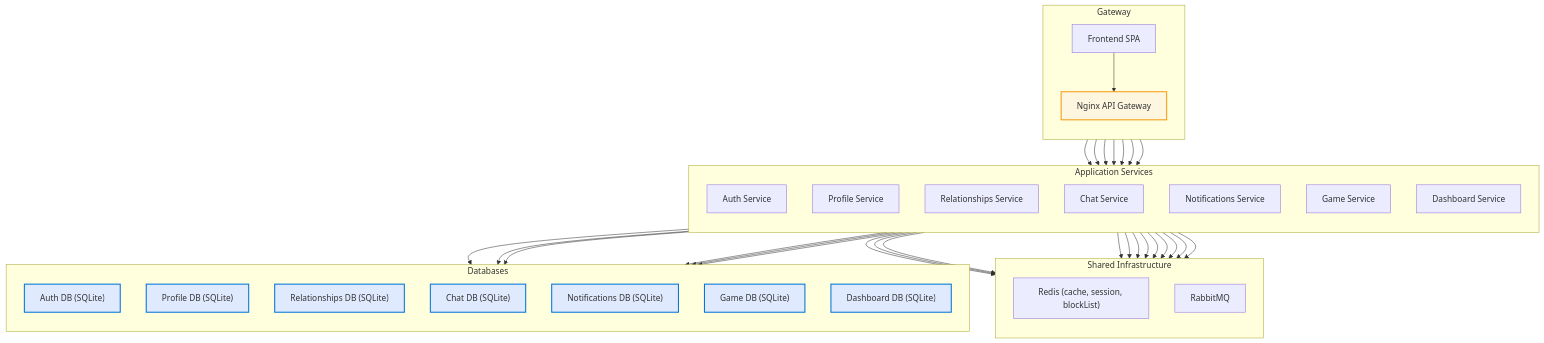
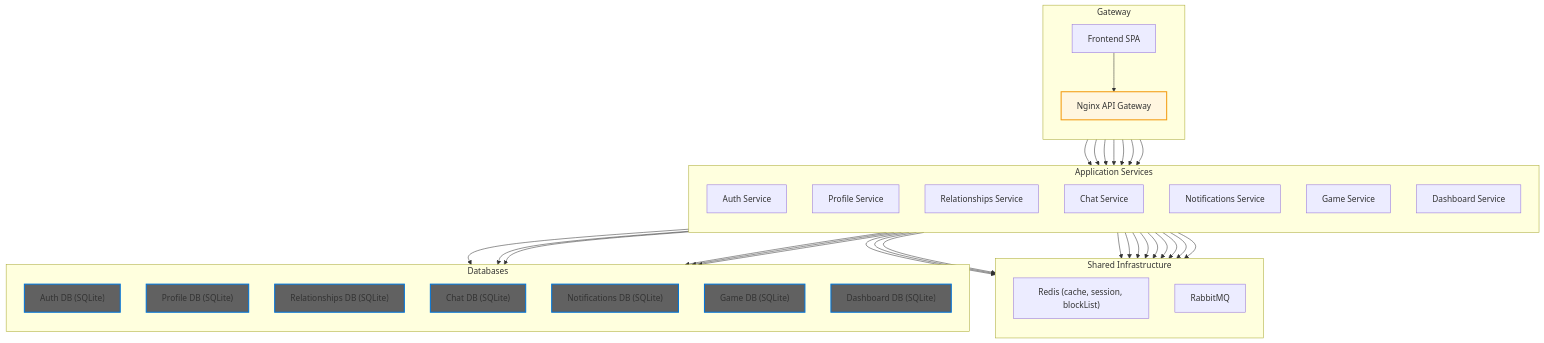
Before and after one commit to M3ayz00/ft_transcendence: the diagram in README.md, drawn with Mermaid.

````diff
--- a/README.md
+++ b/README.md
@@ -70,53 +70,60 @@
 ```mermaid
 flowchart TD
  subgraph Gateway["Gateway"]
     direction TB
         A["Frontend SPA"]
         B["Nginx API Gateway"]
   end
  subgraph subGraph1["Application Services"]
     direction TB
         C1["Auth Service"]
         C2["Profile Service"]
         C3["Relationships Service"]
         C4["Chat Service"]
         C5["Notifications Service"]
         C6["Game Service"]
         C7["Dashboard Service"]
   end
  subgraph subGraph2["Shared Infrastructure"]
     direction TB
         R["Redis (cache, session, blockList)"]
         Q["RabbitMQ"]
   end
  subgraph Databases["Databases"]
     direction TB
         D1["Auth DB (SQLite)"]
         D2["Profile DB (SQLite)"]
         D3["Relationships DB (SQLite)"]
         D4["Chat DB (SQLite)"]
         D5["Notifications DB (SQLite)"]
         D6["Game DB (SQLite)"]
         D7["Dashboard DB (SQLite)"]
   end
     A --> B
     B --> C1 & C2 & C3 & C4 & C5 & C6 & C7
     C1 --> D1 & Q & R
     C2 --> D2 & Q & R
     C3 --> D3 & Q & R
     C4 --> D4 & Q & R
     C5 --> D5 & Q
     C6 --> D6 & Q
     C7 --> Q & R
      B:::gateway
      D1:::db
      D2:::db
      D3:::db
      D4:::db
      D5:::db
      D6:::db
      D7:::db
     classDef db fill:#e0eaff,stroke:#0074D9,stroke-width:2px
     classDef gateway fill:#fff6e0,stroke:#F39C12,stroke-width:2px
+    style D1 fill:#616161
+    style D2 color:none,fill:#616161
+    style D3 fill:#616161
+    style D4 fill:#616161
+    style D5 fill:#616161,color:none
+    style D6 fill:#616161,color:none
+    style D7 fill:#616161
 
 ```
````
